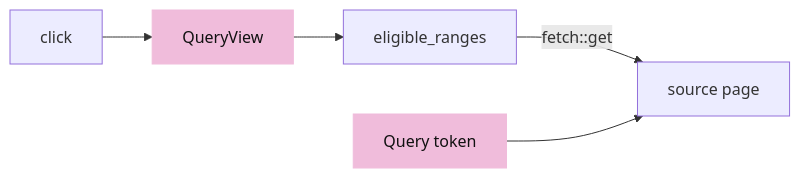
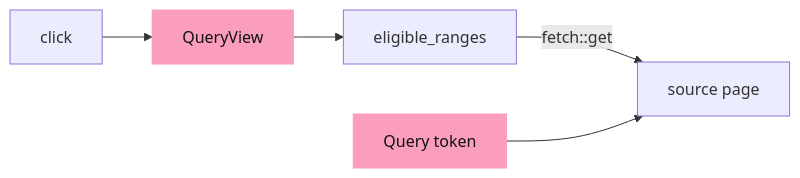
The fourth of 8 diagrams in session_viewer/docs/13-controls.md (petrasvestartas/session), drawn with Mermaid before and after one commit. The commit also changed other lines of this file and 328 other files, not shown here.

First line of the commit message:
Course: the palette you sent, and mermaid drawn like the drawings

````diff
--- a/session_viewer/docs/13-controls.md
+++ b/session_viewer/docs/13-controls.md
@@ -73,7 +73,7 @@
 ```mermaid
 flowchart LR
     K["click"] --> V["QueryView"] --> E["eligible_ranges"] -- "fetch::get" --> P["source page"]
     Q["Query token"] --> P
-    style V fill:#f0bcdb,stroke:#f0bcdb,color:#111
-    style Q fill:#f0bcdb,stroke:#f0bcdb,color:#111
+    style V fill:#fa9ebc,stroke:#fa9ebc,color:#111
+    style Q fill:#fa9ebc,stroke:#fa9ebc,color:#111
 ```
````
